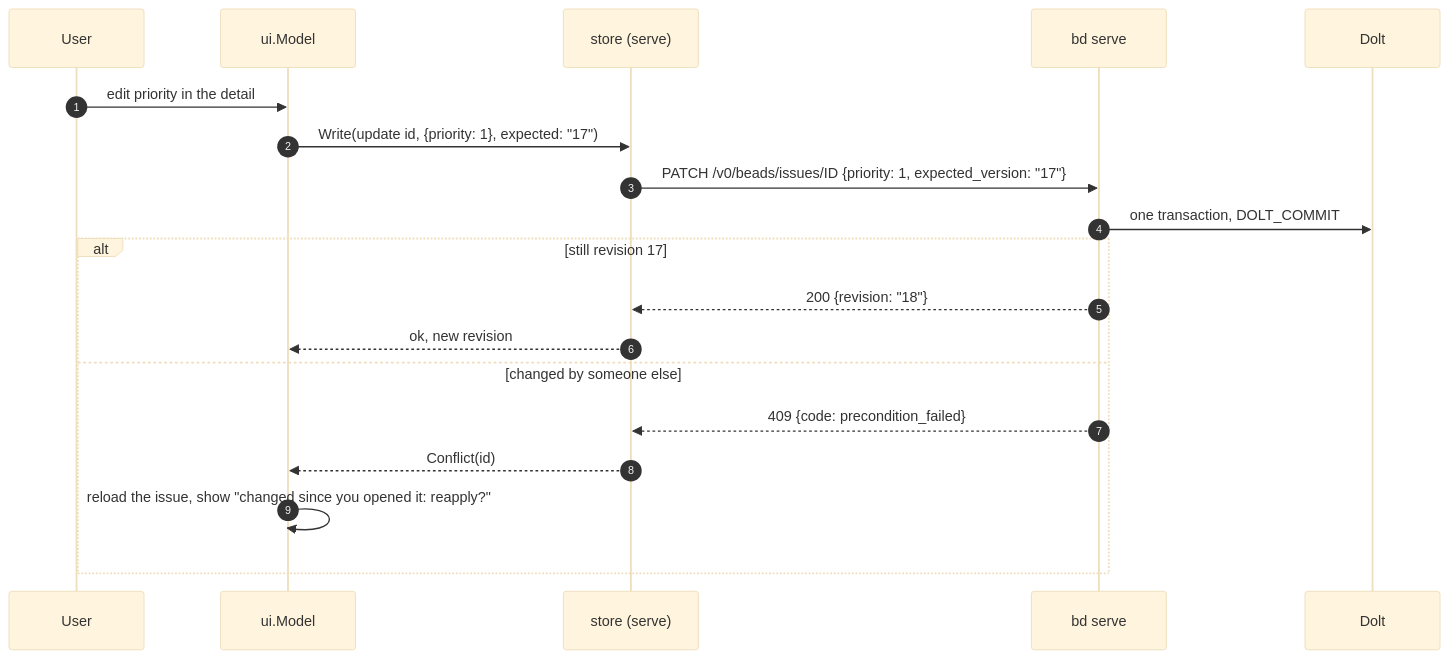
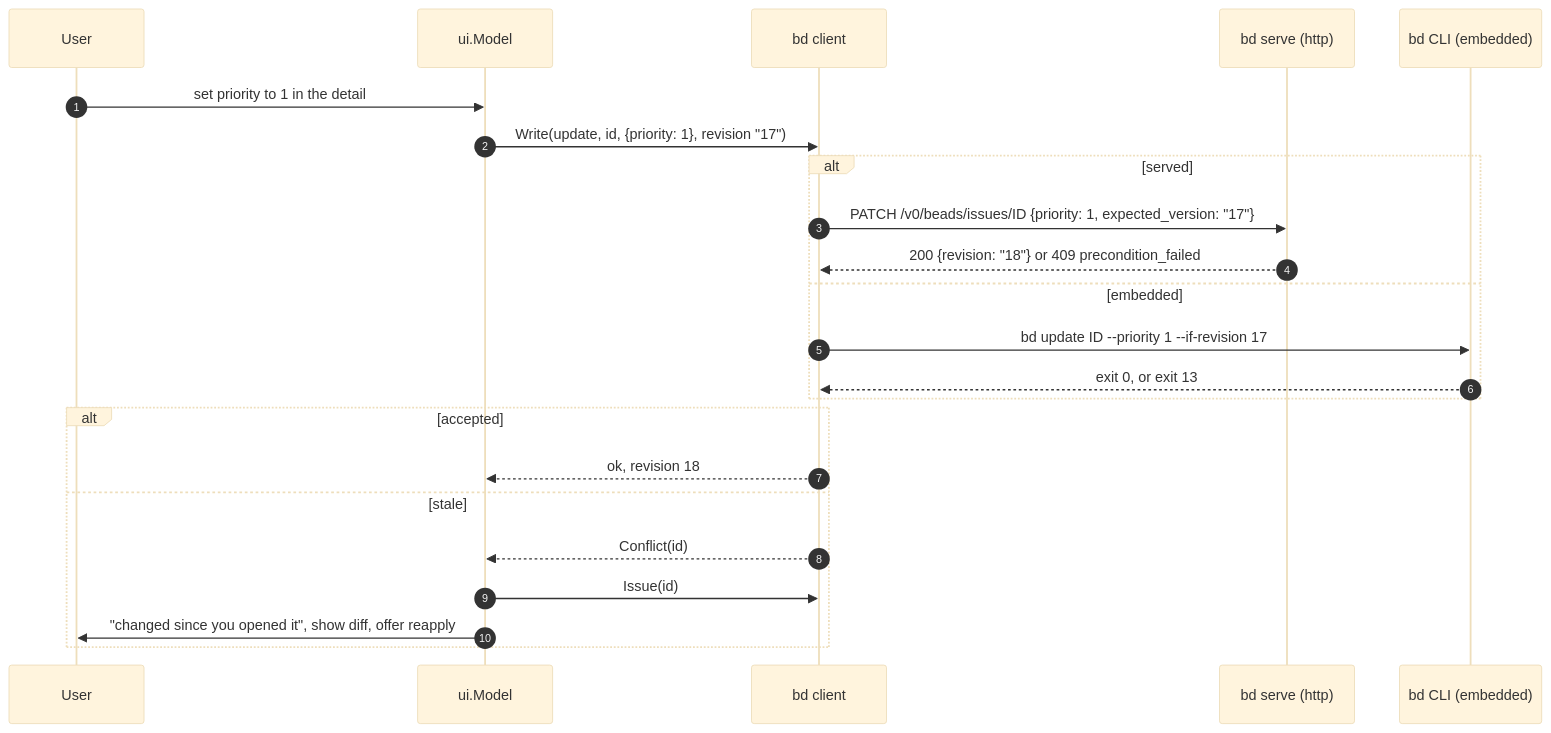
One commit to vanderheijden86/b9s changed the fifth of 8 diagrams in docs/plans/2026-10-14-data-io-target-state.md. Above: the diagram before and after it, drawn with Mermaid (base theme). The commit also changed other lines of this file, not shown here.

First line of the commit message:
docs(plans): redesign the data IO target state around bd's client doors

````diff
--- a/docs/plans/2026-10-14-data-io-target-state.md
+++ b/docs/plans/2026-10-14-data-io-target-state.md
@@ -219,21 +220,25 @@
 ```mermaid
 sequenceDiagram
     autonumber
     participant U as User
     participant UI as ui.Model
-    participant S as store (serve)
-    participant BD as bd serve
-    participant D as Dolt
-    U->>UI: edit priority in the detail
-    UI->>S: Write(update id, {priority: 1}, expected: "17")
-    S->>BD: PATCH /v0/beads/issues/ID {priority: 1, expected_version: "17"}
-    BD->>D: one transaction, DOLT_COMMIT
-    alt still revision 17
-        BD-->>S: 200 {revision: "18"}
-        S-->>UI: ok, new revision
-    else changed by someone else
-        BD-->>S: 409 {code: precondition_failed}
-        S-->>UI: Conflict(id)
-        UI->>UI: reload the issue, show "changed since you opened it: reapply?"
+    participant C as bd client
+    participant H as bd serve (http)
+    participant X as bd CLI (embedded)
+    U->>UI: set priority to 1 in the detail
+    UI->>C: Write(update, id, {priority: 1}, revision "17")
+    alt served
+        C->>H: PATCH /v0/beads/issues/ID {priority: 1, expected_version: "17"}
+        H-->>C: 200 {revision: "18"} or 409 precondition_failed
+    else embedded
+        C->>X: bd update ID --priority 1 --if-revision 17
+        X-->>C: exit 0, or exit 13
+    end
+    alt accepted
+        C-->>UI: ok, revision 18
+    else stale
+        C-->>UI: Conflict(id)
+        UI->>C: Issue(id)
+        UI->>U: "changed since you opened it", show diff, offer reapply
     end
 ```
````
